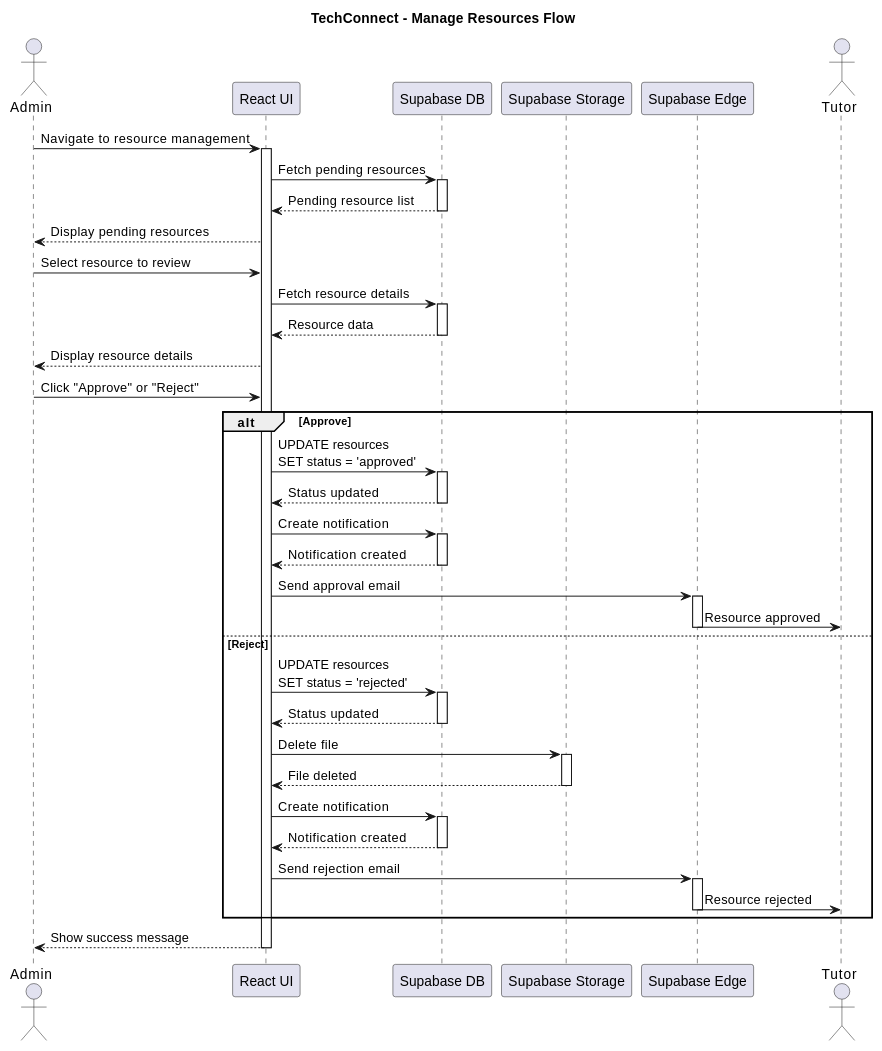
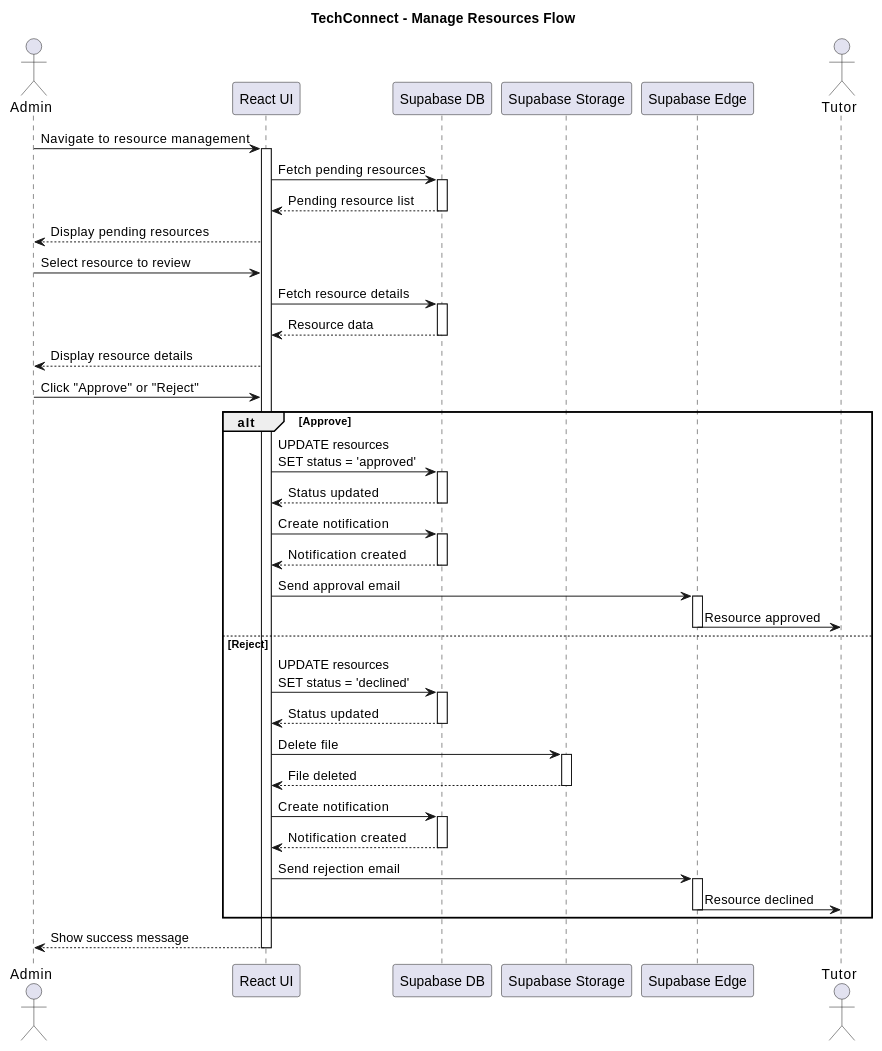
The ninth of 10 diagrams in diagrams/06-admin-features-diagrams.md (SCLK-0/techconnect), drawn with PlantUML before and after one commit. The commit also changed other lines of this file and 33 other files, not shown here.

First line of the commit message:
Rename 'rejected' to 'declined' throughout codebase for better UX

````diff
--- a/diagrams/06-admin-features-diagrams.md
+++ b/diagrams/06-admin-features-diagrams.md
@@ -340,74 +340,74 @@
 ```plantuml
 @startuml
 
 title TechConnect - Manage Resources Flow
 
 actor Admin
 participant "React UI" as React
 participant "Supabase DB" as DB
 participant "Supabase Storage" as Storage
 participant "Supabase Edge" as Edge
 actor Tutor
 
 Admin -> React: Navigate to resource management
 activate React
 
 React -> DB: Fetch pending resources
 activate DB
 DB --> React: Pending resource list
 deactivate DB
 
 React --> Admin: Display pending resources
 
 Admin -> React: Select resource to review
 React -> DB: Fetch resource details
 activate DB
 DB --> React: Resource data
 deactivate DB
 
 React --> Admin: Display resource details
 
 Admin -> React: Click "Approve" or "Reject"
 
 alt Approve
     React -> DB: UPDATE resources\nSET status = 'approved'
     activate DB
     DB --> React: Status updated
     deactivate DB
     
     React -> DB: Create notification
     activate DB
     DB --> React: Notification created
     deactivate DB
     
     React -> Edge: Send approval email
     activate Edge
     Edge -> Tutor: Resource approved
     deactivate Edge
 else Reject
-    React -> DB: UPDATE resources\nSET status = 'rejected'
+    React -> DB: UPDATE resources\nSET status = 'declined'
     activate DB
     DB --> React: Status updated
     deactivate DB
     
     React -> Storage: Delete file
     activate Storage
     Storage --> React: File deleted
     deactivate Storage
     
     React -> DB: Create notification
     activate DB
     DB --> React: Notification created
     deactivate DB
     
     React -> Edge: Send rejection email
     activate Edge
-    Edge -> Tutor: Resource rejected
+    Edge -> Tutor: Resource declined
     deactivate Edge
 end
 
 React --> Admin: Show success message
 deactivate React
 
 @enduml
 ```
````
